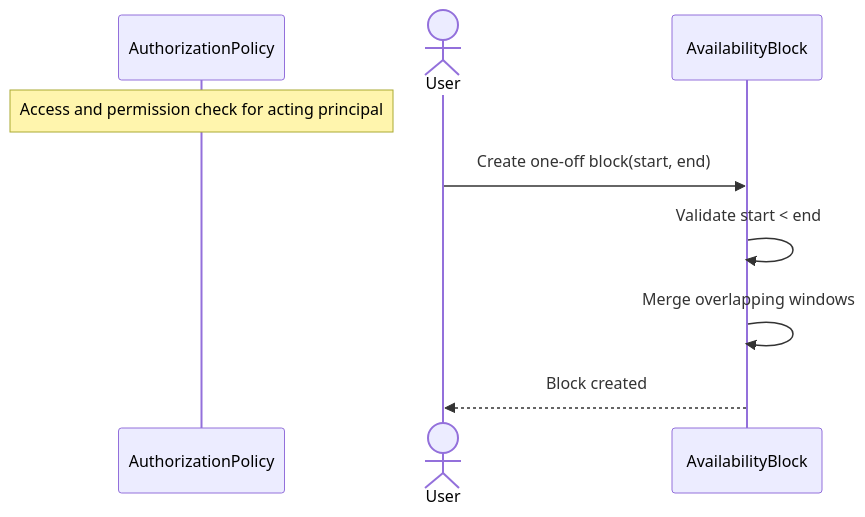
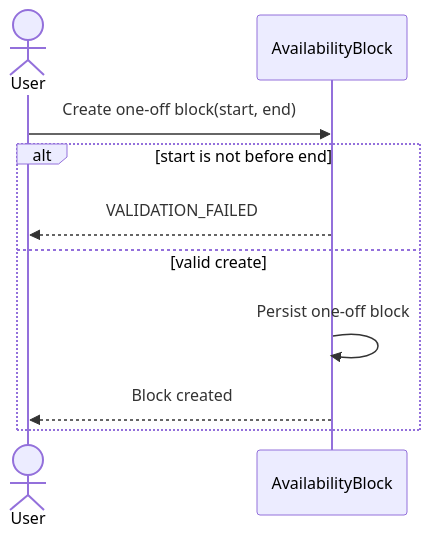
The first of 11 diagrams in architecture/sequence-diagrams/04-availability-planning.md (ChidiRnweke/margin), drawn with Mermaid before and after one commit. The commit also changed other lines of this file and 12 other files, not shown here.

Commit message:
Enhance sequence diagrams and introduce traceability matrix

````diff
--- a/architecture/sequence-diagrams/04-availability-planning.md
+++ b/architecture/sequence-diagrams/04-availability-planning.md
@@ -6,11 +9,12 @@
 ```mermaid
 sequenceDiagram
-    participant G as AuthorizationPolicy
-    Note over G: Access and permission check for acting principal
     actor U as User
     participant B as AvailabilityBlock
     U->>B: Create one-off block(start, end)
-    B->>B: Validate start < end
-    B->>B: Merge overlapping windows
-    B-->>U: Block created
+    alt start is not before end
+        B-->>U: VALIDATION_FAILED
+    else valid create
+        B->>B: Persist one-off block
+        B-->>U: Block created
+    end
 ```
````
